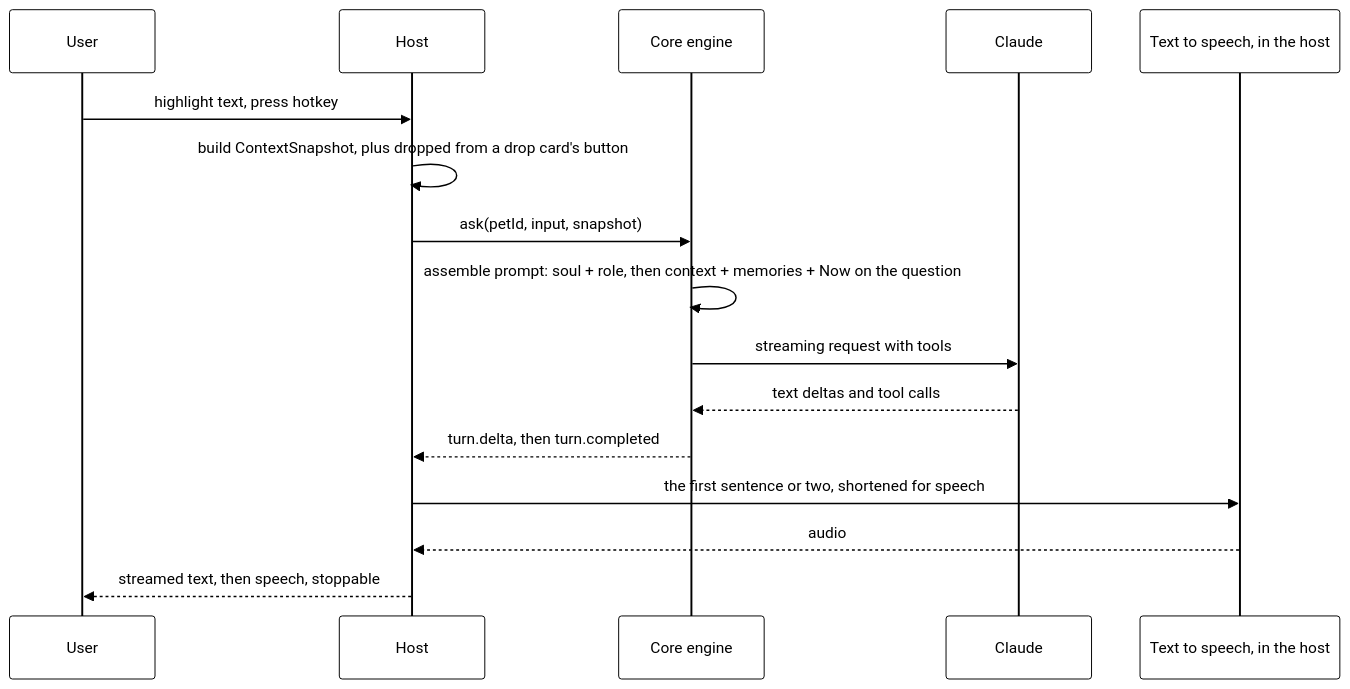
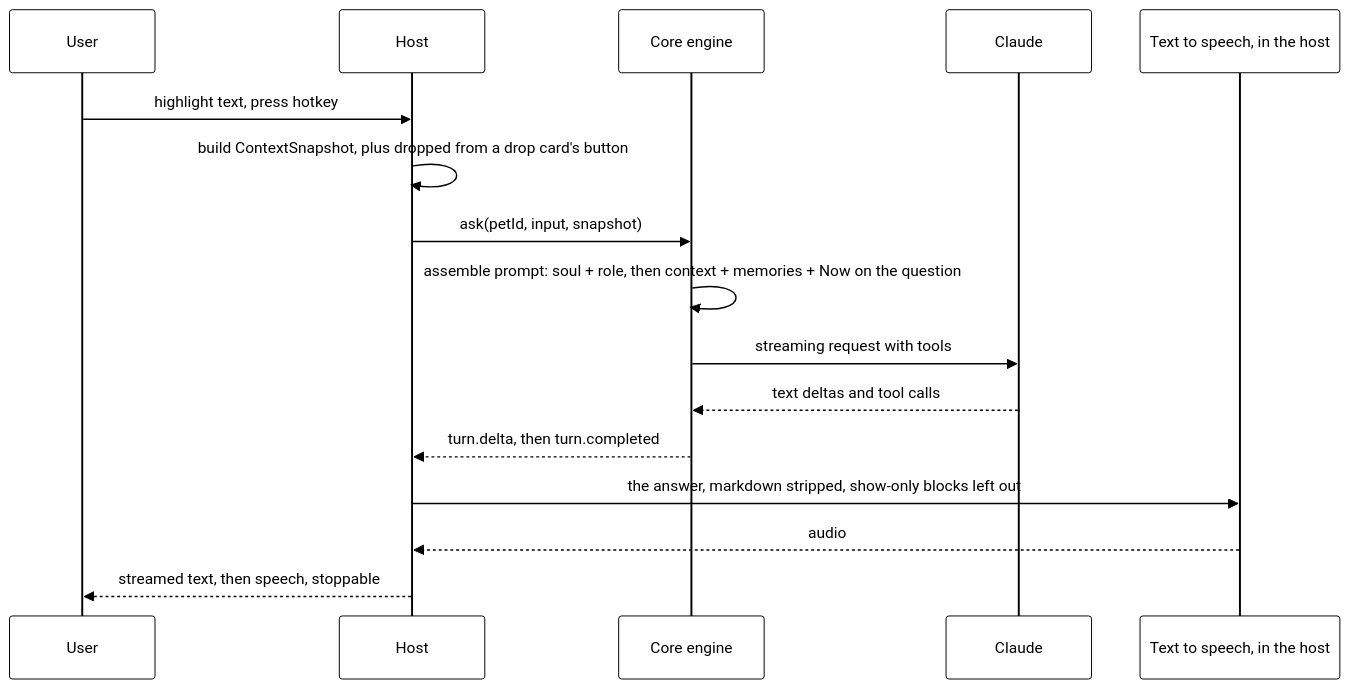
One commit to nadeem4/tagalong changed the third of 19 diagrams in docs/architecture.md. Above: the diagram before and after it, drawn with Mermaid. The commit also changed other lines of this file and 5 other files, not shown here.

Commit message:
docs: describe the mind deciding speech, show-only blocks and the new hand-run checks

````diff
--- a/docs/architecture.md
+++ b/docs/architecture.md
@@ -234,19 +234,19 @@
 ```mermaid
 %%{init: {"theme": "base", "themeVariables": {"primaryColor": "#ffffff", "primaryTextColor": "#000000", "primaryBorderColor": "#000000", "lineColor": "#000000", "actorBkg": "#ffffff", "actorBorder": "#000000", "signalColor": "#000000", "signalTextColor": "#000000", "noteBkgColor": "#ffffff", "noteBorderColor": "#000000"}}}%%
 sequenceDiagram
   participant U as User
   participant H as Host
   participant C as Core engine
   participant A as Claude
   participant T as Text to speech, in the host
   U->>H: highlight text, press hotkey
   H->>H: build ContextSnapshot, plus dropped from a drop card's button
   H->>C: ask(petId, input, snapshot)
   C->>C: assemble prompt: soul + role, then context + memories + Now on the question
   C->>A: streaming request with tools
   A-->>C: text deltas and tool calls
   C-->>H: turn.delta, then turn.completed
-  H->>T: the first sentence or two, shortened for speech
+  H->>T: the answer, markdown stripped, show-only blocks left out
   T-->>H: audio
   H-->>U: streamed text, then speech, stoppable
 ```
````
